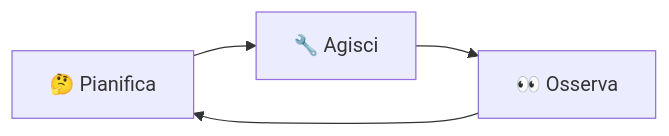
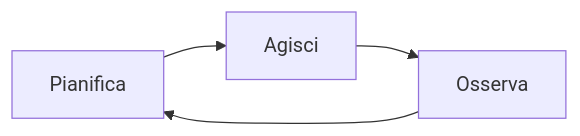
The first of 3 diagrams in pages/slides_lezione1.md (gdegani/its_slides_ai), drawn with Mermaid before and after one commit. The commit also changed other lines of this file and 1 other file, not shown here.

````diff
--- a/pages/slides_lezione1.md
+++ b/pages/slides_lezione1.md
@@ -278,6 +214,6 @@
 ```mermaid
 flowchart LR
-    A["🤔 Pianifica"] --> B["🔧 Agisci"]
-    B --> C["👀 Osserva"]
+    A["Pianifica"] --> B["Agisci"]
+    B --> C["Osserva"]
     C --> A
 ```
````
